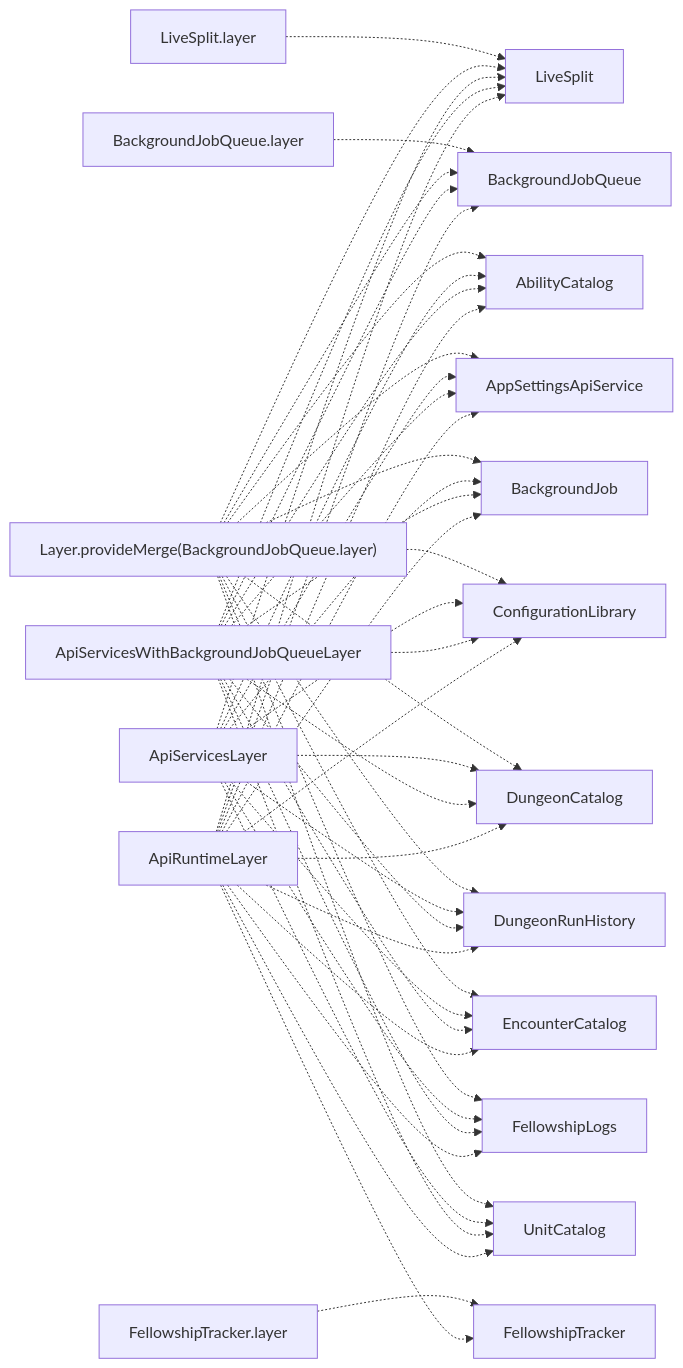
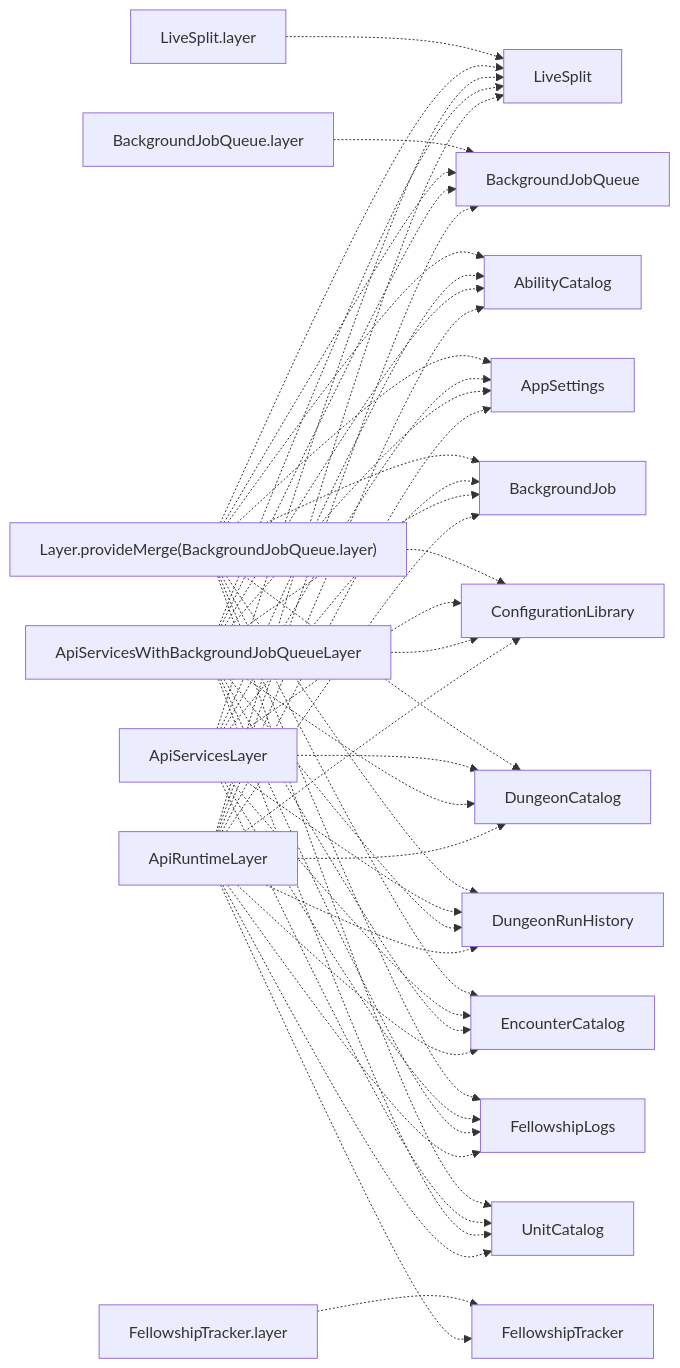
One commit to reeddunkle/fellowship-run-tracker changed the diagram in apps/api/docs/architecture/analysis/service-bundle-memberships.mmd. Above: the diagram before and after it, drawn with Mermaid. The commit also changed 18 other files, not shown here.

Commit message:
refactor app settings

```diff
--- a/apps/api/docs/architecture/analysis/service-bundle-memberships.mmd
+++ b/apps/api/docs/architecture/analysis/service-bundle-memberships.mmd
@@ -1,67 +1,67 @@
 flowchart LR
   LiveSplit_layer["LiveSplit.layer"]
   Layer_provideMerge_BackgroundJobQueue_layer_["Layer.provideMerge(BackgroundJobQueue.layer)"]
   ApiServicesLayer["ApiServicesLayer"]
   ApiServicesWithBackgroundJobQueueLayer["ApiServicesWithBackgroundJobQueueLayer"]
   ApiRuntimeLayer["ApiRuntimeLayer"]
   FellowshipTracker_layer["FellowshipTracker.layer"]
   BackgroundJobQueue_layer["BackgroundJobQueue.layer"]
   LiveSplit["LiveSplit"]
   FellowshipTracker["FellowshipTracker"]
   BackgroundJobQueue["BackgroundJobQueue"]
   AbilityCatalog["AbilityCatalog"]
-  AppSettingsApiService["AppSettingsApiService"]
+  AppSettings["AppSettings"]
   BackgroundJob["BackgroundJob"]
   ConfigurationLibrary["ConfigurationLibrary"]
   DungeonCatalog["DungeonCatalog"]
   DungeonRunHistory["DungeonRunHistory"]
   EncounterCatalog["EncounterCatalog"]
   FellowshipLogs["FellowshipLogs"]
   UnitCatalog["UnitCatalog"]
   LiveSplit_layer -.-> LiveSplit
   Layer_provideMerge_BackgroundJobQueue_layer_ -.-> LiveSplit
   ApiServicesLayer -.-> LiveSplit
   ApiServicesWithBackgroundJobQueueLayer -.-> LiveSplit
   ApiRuntimeLayer -.-> LiveSplit
   FellowshipTracker_layer -.-> FellowshipTracker
   ApiRuntimeLayer -.-> FellowshipTracker
   BackgroundJobQueue_layer -.-> BackgroundJobQueue
   Layer_provideMerge_BackgroundJobQueue_layer_ -.-> BackgroundJobQueue
   ApiServicesWithBackgroundJobQueueLayer -.-> BackgroundJobQueue
   ApiRuntimeLayer -.-> BackgroundJobQueue
   Layer_provideMerge_BackgroundJobQueue_layer_ -.-> AbilityCatalog
   ApiServicesLayer -.-> AbilityCatalog
   ApiServicesWithBackgroundJobQueueLayer -.-> AbilityCatalog
   ApiRuntimeLayer -.-> AbilityCatalog
-  Layer_provideMerge_BackgroundJobQueue_layer_ -.-> AppSettingsApiService
-  ApiServicesLayer -.-> AppSettingsApiService
-  ApiServicesWithBackgroundJobQueueLayer -.-> AppSettingsApiService
-  ApiRuntimeLayer -.-> AppSettingsApiService
+  Layer_provideMerge_BackgroundJobQueue_layer_ -.-> AppSettings
+  ApiServicesLayer -.-> AppSettings
+  ApiServicesWithBackgroundJobQueueLayer -.-> AppSettings
+  ApiRuntimeLayer -.-> AppSettings
   Layer_provideMerge_BackgroundJobQueue_layer_ -.-> BackgroundJob
   ApiServicesLayer -.-> BackgroundJob
   ApiServicesWithBackgroundJobQueueLayer -.-> BackgroundJob
   ApiRuntimeLayer -.-> BackgroundJob
   Layer_provideMerge_BackgroundJobQueue_layer_ -.-> ConfigurationLibrary
   ApiServicesLayer -.-> ConfigurationLibrary
   ApiServicesWithBackgroundJobQueueLayer -.-> ConfigurationLibrary
   ApiRuntimeLayer -.-> ConfigurationLibrary
   Layer_provideMerge_BackgroundJobQueue_layer_ -.-> DungeonCatalog
   ApiServicesLayer -.-> DungeonCatalog
   ApiServicesWithBackgroundJobQueueLayer -.-> DungeonCatalog
   ApiRuntimeLayer -.-> DungeonCatalog
   Layer_provideMerge_BackgroundJobQueue_layer_ -.-> DungeonRunHistory
   ApiServicesLayer -.-> DungeonRunHistory
   ApiServicesWithBackgroundJobQueueLayer -.-> DungeonRunHistory
   ApiRuntimeLayer -.-> DungeonRunHistory
   Layer_provideMerge_BackgroundJobQueue_layer_ -.-> EncounterCatalog
   ApiServicesLayer -.-> EncounterCatalog
   ApiServicesWithBackgroundJobQueueLayer -.-> EncounterCatalog
   ApiRuntimeLayer -.-> EncounterCatalog
   Layer_provideMerge_BackgroundJobQueue_layer_ -.-> FellowshipLogs
   ApiServicesLayer -.-> FellowshipLogs
   ApiServicesWithBackgroundJobQueueLayer -.-> FellowshipLogs
   ApiRuntimeLayer -.-> FellowshipLogs
   Layer_provideMerge_BackgroundJobQueue_layer_ -.-> UnitCatalog
   ApiServicesLayer -.-> UnitCatalog
   ApiServicesWithBackgroundJobQueueLayer -.-> UnitCatalog
   ApiRuntimeLayer -.-> UnitCatalog
```
